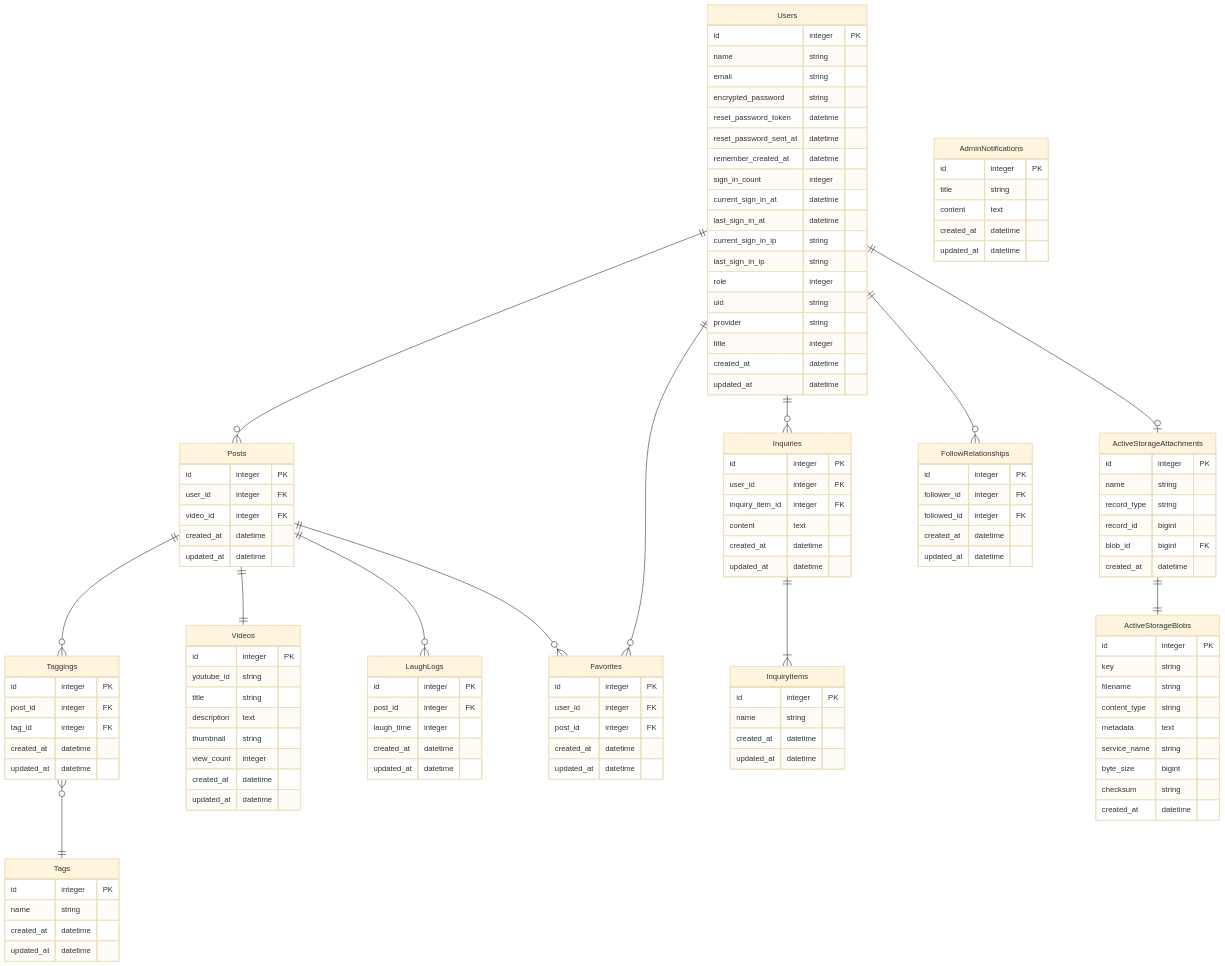
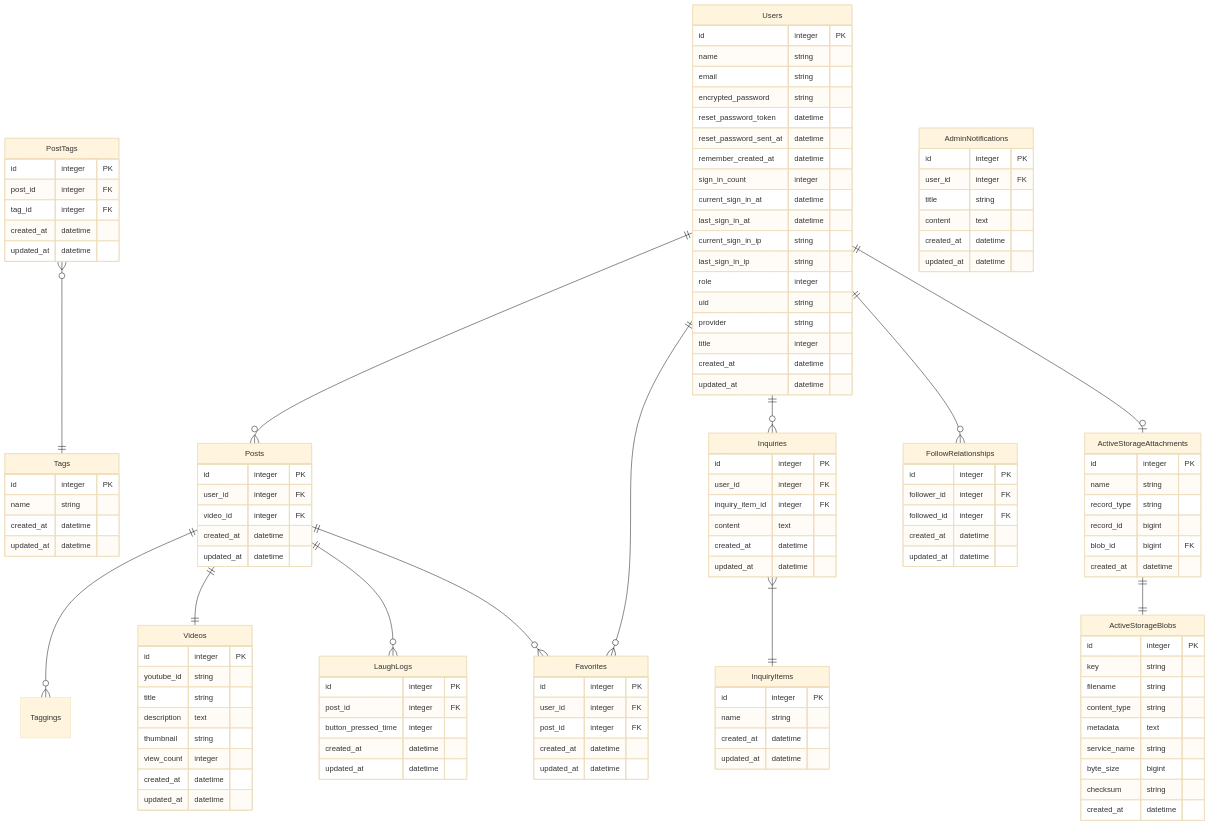
The diagram in er_diagram.md (y-takagiiii/netalog), drawn with Mermaid (base theme) before and after one commit. The commit also changed 1 other file, not shown here.

Commit message:
fix: ER図を修正
AdminNotificationsテーブルとUsersテーブルにアソシエーションを追加
TaggingsテーブルをPostTagsテーブルに変更
LaughLogsテーブルのlaugh_timeカラムをbutton_pressed_timeに変更

```diff
--- a/er_diagram.md
+++ b/er_diagram.md
@@ -2,13 +2,13 @@
 erDiagram
   Users ||--o{ Posts : ""
   Posts ||--o{ Taggings : ""
-  Taggings }o--|| Tags : ""
+  PostTags }o--|| Tags : ""
   Posts ||--|| Videos : ""
   Posts ||--o{ LaughLogs : ""
   Users ||--o{ Favorites : ""
   Posts ||--o{ Favorites : ""
   Users ||--o{ Inquiries : ""
-  Inquiries ||--|{ InquiryItems : ""
+  Inquiries }|--|| InquiryItems : ""
   Users ||--o{ FollowRelationships : ""
   Users ||--o| ActiveStorageAttachments : ""
   ActiveStorageAttachments ||--|| ActiveStorageBlobs : ""
@@ -56,7 +56,7 @@
   LaughLogs {
     id integer PK
     post_id integer FK
-    laugh_time integer
+    button_pressed_time integer
     created_at datetime
     updated_at datetime
   }
@@ -68,7 +68,7 @@
     updated_at datetime
   }
 
-  Taggings {
+  PostTags {
     id integer PK
     post_id integer FK
     tag_id integer FK
@@ -115,6 +115,7 @@
 
   AdminNotifications {
     id integer PK
+    user_id integer FK
     title string
     content text
     created_at datetime
```
